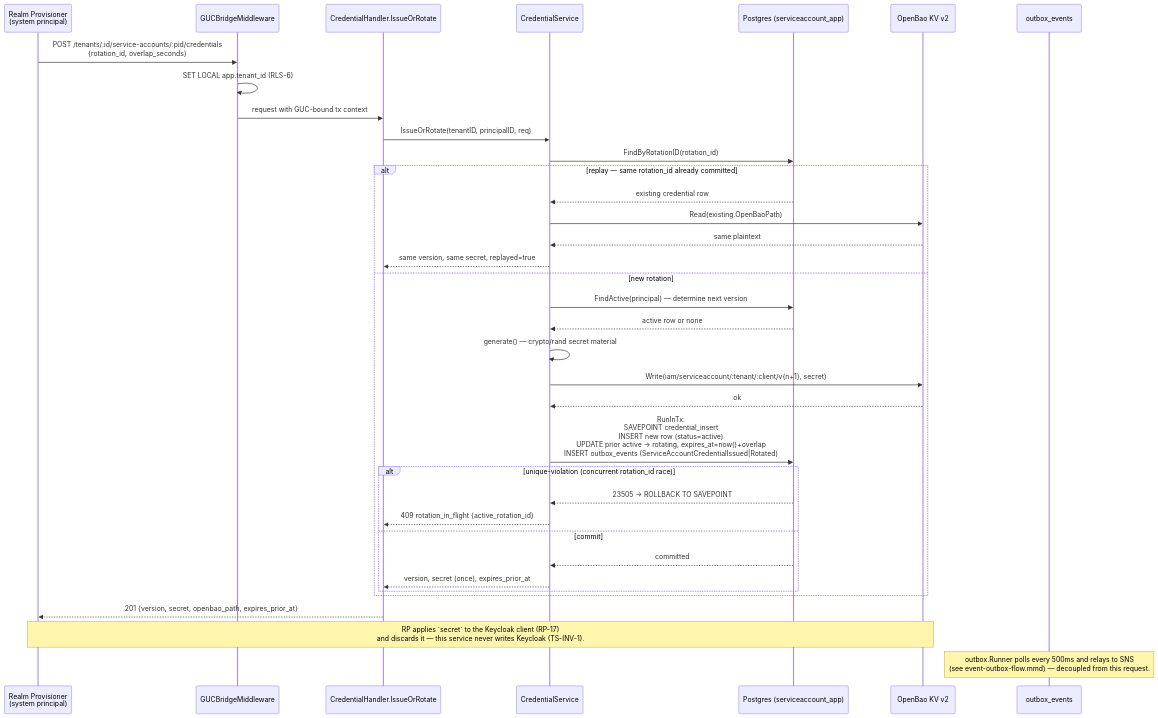
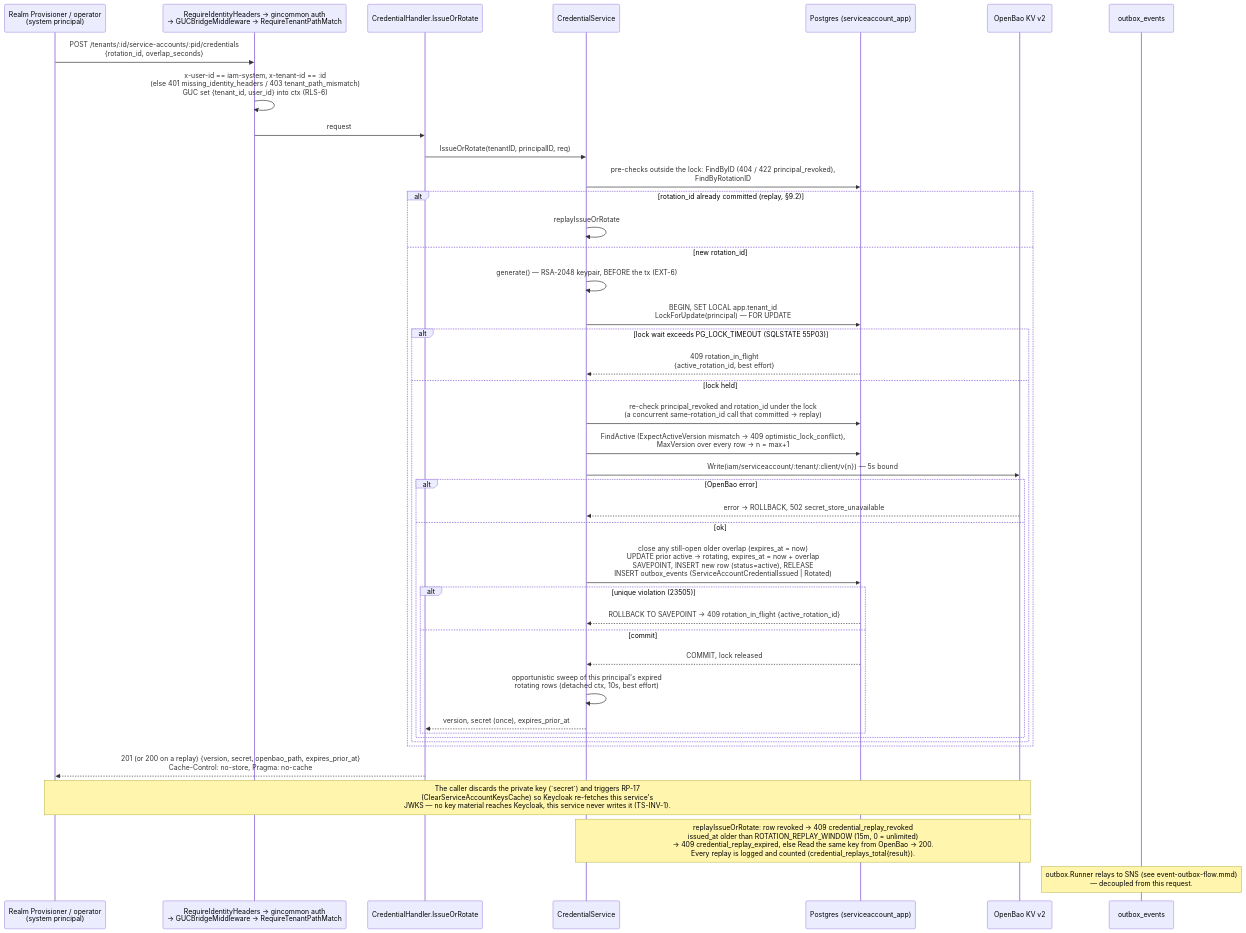
Before and after one commit to BCBP-SOLUTIONS-FZC-LLC/iam-token-service: the fourth of 13 diagrams in ARCHITECTURE.md, drawn with Mermaid. The commit also changed other lines of this file and 234 other files, not shown here.

````diff
--- a/ARCHITECTURE.md
+++ b/ARCHITECTURE.md
@@ -291,41 +312,47 @@
 ```mermaid
 sequenceDiagram
-    participant RP as Realm Provisioner<br/>(system principal)
-    participant MW as GUCBridgeMiddleware
+    participant RP as Realm Provisioner / operator<br/>(system principal)
+    participant MW as RequireIdentityHeaders → gincommon auth<br/>→ GUCBridgeMiddleware → RequireTenantPathMatch
     participant H as CredentialHandler.IssueOrRotate
     participant SVC as CredentialService
     participant PG as Postgres (serviceaccount_app)
     participant BAO as OpenBao KV v2
     participant OUT as outbox_events
 
     RP->>MW: POST /tenants/:id/service-accounts/:pid/credentials<br/>{rotation_id, overlap_seconds}
-    MW->>MW: SET LOCAL app.tenant_id (RLS-6)
-    MW->>H: request with GUC-bound tx context
+    MW->>MW: x-user-id == iam-system, x-tenant-id == :id<br/>(else 401 missing_identity_headers / 403 tenant_path_mismatch)<br/>GUC set {tenant_id, user_id} into ctx (RLS-6)
+    MW->>H: request
+    H->>SVC: IssueOrRotate(tenantID, principalID, req)
 
-    H->>SVC: IssueOrRotate(tenantID, principalID, req)
-    SVC->>PG: FindByRotationID(rotation_id)
-    alt replay — same rotation_id already committed
-        PG-->>SVC: existing credential row
-        SVC->>BAO: Read(existing.OpenBaoPath)
-        BAO-->>SVC: same plaintext
-        SVC-->>H: same version, same secret, replayed=true
-    else new rotation
-        SVC->>PG: FindActive(principal) — determine next version
-        PG-->>SVC: active row or none
-        SVC->>SVC: generate() — crypto/rand secret material
-        SVC->>BAO: Write(iam/serviceaccount/:tenant/:client/v{n+1}, secret)
-        BAO-->>SVC: ok
-        SVC->>PG: RunInTx:<br/>SAVEPOINT credential_insert<br/>INSERT new row (status=active)<br/>UPDATE prior active → rotating, expires_at=now()+overlap<br/>INSERT outbox_events (ServiceAccountCredentialIssued|Rotated)
-        alt unique-violation (concurrent rotation_id race)
-            PG-->>SVC: 23505 → ROLLBACK TO SAVEPOINT
-            SVC-->>H: 409 rotation_in_flight {active_rotation_id}
-        else commit
-            PG-->>SVC: committed
-            SVC-->>H: version, secret (once), expires_prior_at
+    SVC->>PG: pre-checks outside the lock: FindByID (404 / 422 principal_revoked),<br/>FindByRotationID
+    alt rotation_id already committed (replay, §9.2)
+        SVC->>SVC: replayIssueOrRotate
+    else new rotation_id
+        SVC->>SVC: generate() — RSA-2048 keypair, BEFORE the tx (EXT-6)
+        SVC->>PG: BEGIN, SET LOCAL app.tenant_id<br/>LockForUpdate(principal) — FOR UPDATE
+        alt lock wait exceeds PG_LOCK_TIMEOUT (SQLSTATE 55P03)
+            PG-->>SVC: 409 rotation_in_flight<br/>{active_rotation_id, best effort}
+        else lock held
+            SVC->>PG: re-check principal_revoked and rotation_id under the lock<br/>(a concurrent same-rotation_id call that committed → replay)
+            SVC->>PG: FindActive (ExpectActiveVersion mismatch → 409 optimistic_lock_conflict),<br/>MaxVersion over every row → n = max+1
+            SVC->>BAO: Write(iam/serviceaccount/:tenant/:client/v{n}) — 5s bound
+            alt OpenBao error
+                BAO-->>SVC: error → ROLLBACK, 502 secret_store_unavailable
+            else ok
+                SVC->>PG: close any still-open older overlap (expires_at = now)<br/>UPDATE prior active → rotating, expires_at = now + overlap<br/>SAVEPOINT, INSERT new row (status=active), RELEASE<br/>INSERT outbox_events (ServiceAccountCredentialIssued | Rotated)
+                alt unique violation (23505)
+                    PG-->>SVC: ROLLBACK TO SAVEPOINT → 409 rotation_in_flight {active_rotation_id}
+                else commit
+                    PG-->>SVC: COMMIT, lock released
+                    SVC->>SVC: opportunistic sweep of this principal's expired<br/>rotating rows (detached ctx, 10s, best effort)
+                    SVC-->>H: version, secret (once), expires_prior_at
+                end
+            end
         end
     end
-    H-->>RP: 201 {version, secret, openbao_path, expires_prior_at}
-    Note over RP,BAO: RP applies `secret` to the Keycloak client (RP-17)<br/>and discards it — this service never writes Keycloak (TS-INV-1).
+    H-->>RP: 201 (or 200 on a replay) {version, secret, openbao_path, expires_prior_at}<br/>Cache-Control: no-store, Pragma: no-cache
+    Note over RP,BAO: The caller discards the private key (`secret`) and triggers RP-17<br/>(ClearServiceAccountKeysCache) so Keycloak re-fetches this service's<br/>JWKS — no key material reaches Keycloak, this service never writes it (TS-INV-1).
 
-    Note over OUT: outbox.Runner polls every 500ms and relays to SNS<br/>(see event-outbox-flow.mmd) — decoupled from this request.
+    Note over SVC,BAO: replayIssueOrRotate: row revoked → 409 credential_replay_revoked<br/>issued_at older than ROTATION_REPLAY_WINDOW (15m, 0 = unlimited)<br/>→ 409 credential_replay_expired, else Read the same key from OpenBao → 200.<br/>Every replay is logged and counted (credential_replays_total{result}).
+    Note over OUT: outbox.Runner relays to SNS (see event-outbox-flow.mmd)<br/>— decoupled from this request.
 ```
````
